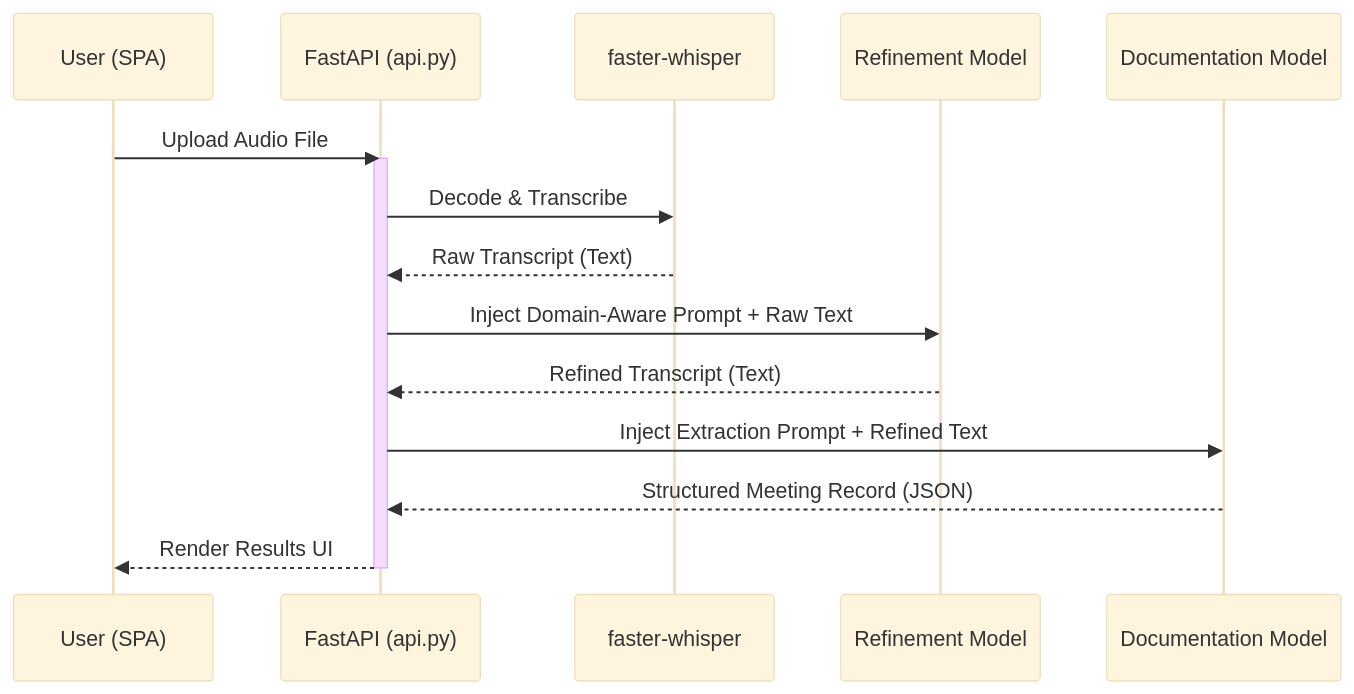
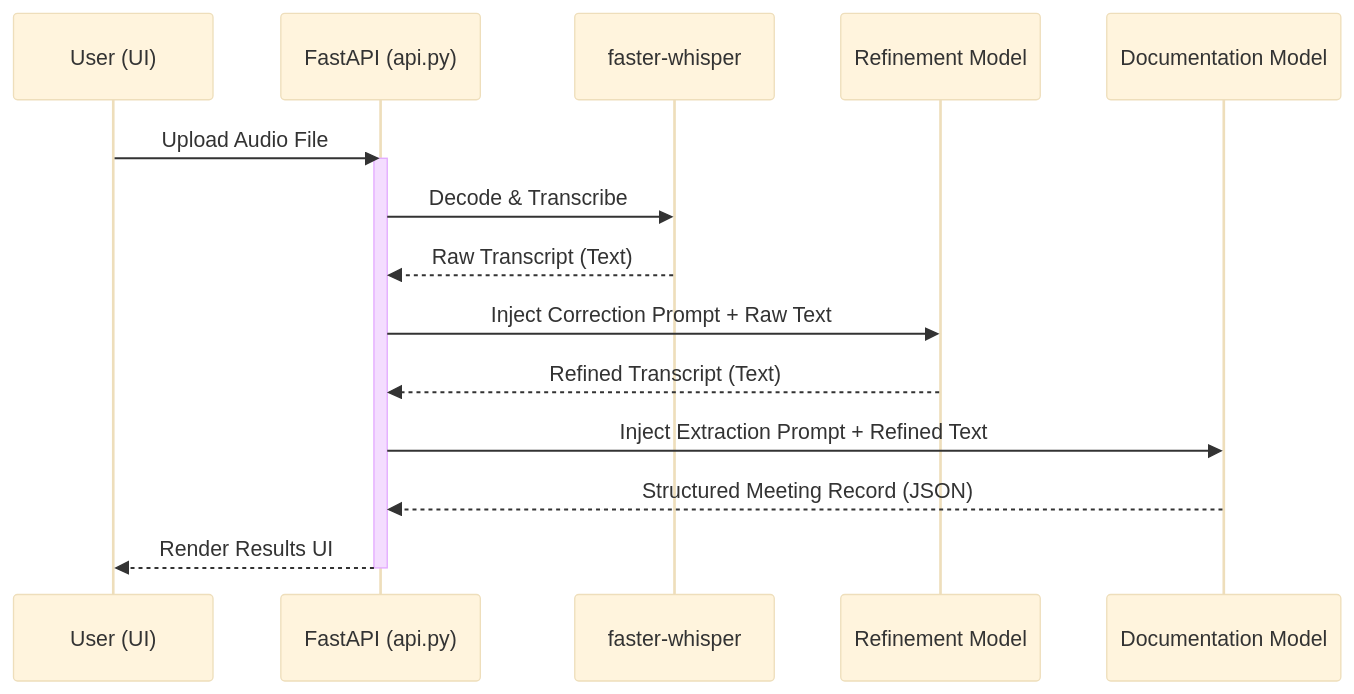
One commit to prakashkumariitg/NovaAI changed the diagram in TECHNICAL_DESCRIPTION.md. Above: the diagram before and after it, drawn with Mermaid (base theme). The commit also changed other lines of this file and 1 other file, not shown here.

````diff
--- a/TECHNICAL_DESCRIPTION.md
+++ b/TECHNICAL_DESCRIPTION.md
@@ -7,19 +7,19 @@
 ```mermaid
 sequenceDiagram
-    participant U as User (SPA)
+    participant U as User (UI)
     participant API as FastAPI (api.py)
     participant STT as faster-whisper
     participant LLM1 as Refinement Model
     participant LLM2 as Documentation Model
 
     U->>API: Upload Audio File
     activate API
     API->>STT: Decode & Transcribe
     STT-->>API: Raw Transcript (Text)
-    API->>LLM1: Inject Domain-Aware Prompt + Raw Text
+    API->>LLM1: Inject Correction Prompt + Raw Text
     LLM1-->>API: Refined Transcript (Text)
     API->>LLM2: Inject Extraction Prompt + Refined Text
     LLM2-->>API: Structured Meeting Record (JSON)
     API-->>U: Render Results UI
     deactivate API
 ```
````
